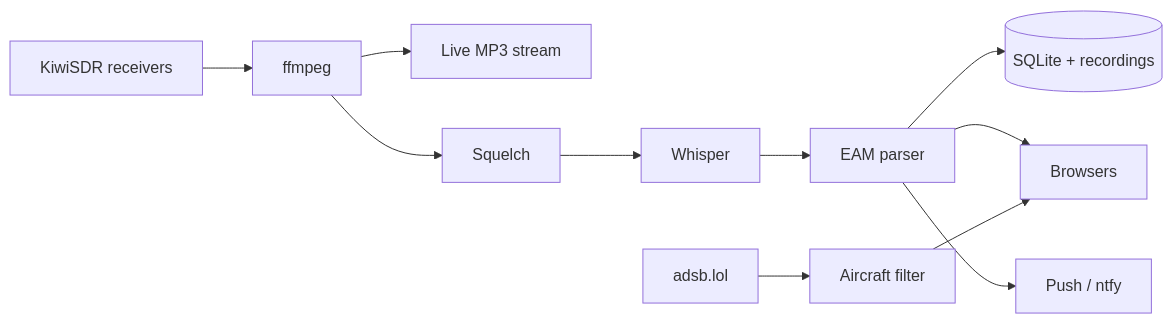
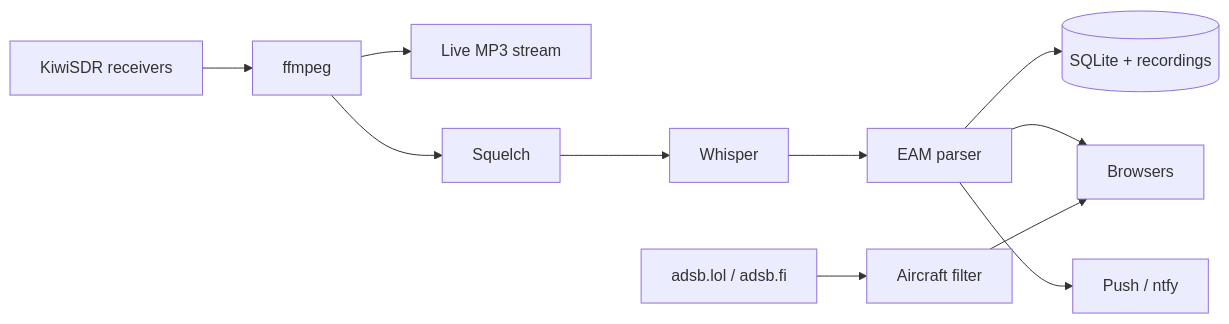
The diagram in README.md (zkm/skywatch), drawn with Mermaid before and after one commit. The commit also changed other lines of this file and 7 other files, not shown here.

First line of the commit message:
Aircraft: back off a failing ADS-B feed and fall back to adsb.fi

````diff
--- a/README.md
+++ b/README.md
@@ -23,9 +23,9 @@
 ```mermaid
 flowchart LR
   K[KiwiSDR receivers] --> F[ffmpeg]
   F --> L[Live MP3 stream]
   F --> S[Squelch] --> W[Whisper] --> P[EAM parser] --> DB[(SQLite + recordings)]
   P --> B[Browsers]
   P --> N[Push / ntfy]
-  A[adsb.lol] --> AF[Aircraft filter] --> B
+  A[adsb.lol / adsb.fi] --> AF[Aircraft filter] --> B
 ```
````
